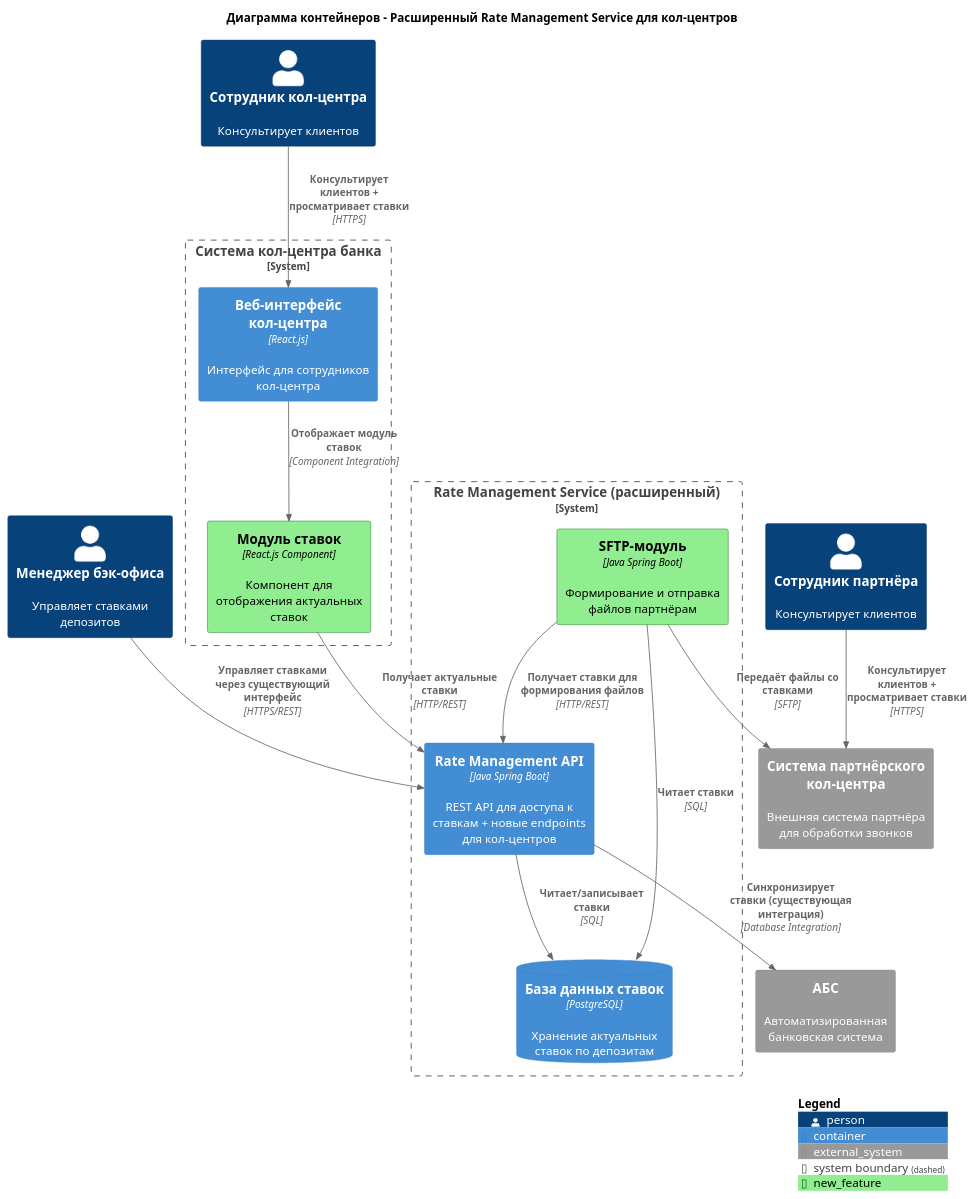
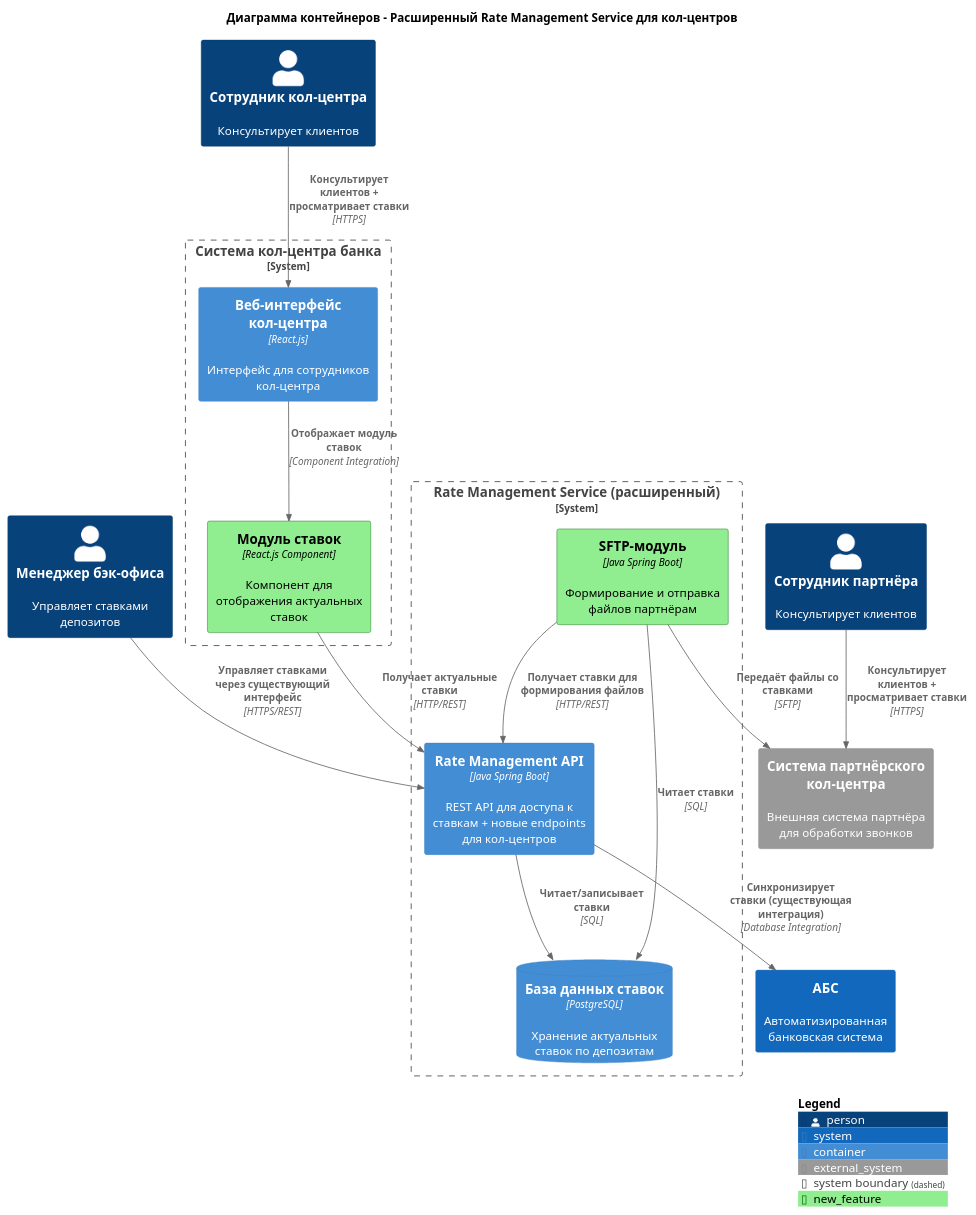
One commit to melnik88/architecture-pro-standart2 changed the diagram in Task4/container_diagram_rates.puml. Above: the diagram before and after it, drawn with PlantUML. The commit also changed 6 other files, not shown here.

```diff
--- a/Task4/container_diagram_rates.puml
+++ b/Task4/container_diagram_rates.puml
@@ -1,48 +1,48 @@
 @startuml Container Diagram - Extended Rate Management Service
 !include https://raw.githubusercontent.com/plantuml-stdlib/C4-PlantUML/master/C4_Container.puml
 
 title Диаграмма контейнеров - Расширенный Rate Management Service для кол-центров
 
 AddContainerTag("new_feature", $bgColor="LightGreen", $borderColor="DarkGreen", $fontColor="Black")
 
 Person(backoffice_manager, "Менеджер бэк-офиса", "Управляет ставками депозитов")
 Person(callcenter_operator, "Сотрудник кол-центра", "Консультирует клиентов")
 Person(partner_operator, "Сотрудник партнёра", "Консультирует клиентов")
 
 System_Boundary(rate_management_boundary, "Rate Management Service (расширенный)") {
     Container(rate_api, "Rate Management API", "Java Spring Boot", "REST API для доступа к ставкам + новые endpoints для кол-центров", $tags="existing")
     Container(sftp_module, "SFTP-модуль", "Java Spring Boot", "Формирование и отправка файлов партнёрам", $tags="new_feature")
     ContainerDb(rate_db, "База данных ставок", "PostgreSQL", "Хранение актуальных ставок по депозитам")
 }
 
 System_Boundary(callcenter_boundary, "Система кол-центра банка") {
     Container(callcenter_web, "Веб-интерфейс кол-центра", "React.js", "Интерфейс для сотрудников кол-центра")
     Container(rates_module, "Модуль ставок", "React.js Component", "Компонент для отображения актуальных ставок", $tags="new_feature")
 }
 
 System_Ext(partner_callcenter, "Система партнёрского кол-центра", "Внешняя система партнёра для обработки звонков")
 
-System_Ext(abs_system, "АБС", "Автоматизированная банковская система")
+System(abs_system, "АБС", "Автоматизированная банковская система")
 
 ' Взаимодействие пользователей
 Rel(backoffice_manager, rate_api, "Управляет ставками через существующий интерфейс", "HTTPS/REST")
 Rel(callcenter_operator, callcenter_web, "Консультирует клиентов + просматривает ставки", "HTTPS")
 Rel(partner_operator, partner_callcenter, "Консультирует клиентов + просматривает ставки", "HTTPS")
 
 ' Внутренние связи Rate Management Service
 Rel(rate_api, rate_db, "Читает/записывает ставки", "SQL")
 Rel(sftp_module, rate_api, "Получает ставки для формирования файлов", "HTTP/REST")
 Rel(sftp_module, rate_db, "Читает ставки", "SQL")
 
 ' Интеграции с кол-центрами
 Rel(rates_module, rate_api, "Получает актуальные ставки", "HTTP/REST")
 Rel(callcenter_web, rates_module, "Отображает модуль ставок", "Component Integration")
 
 ' Интеграция с партнёрским кол-центром
 Rel(sftp_module, partner_callcenter, "Передаёт файлы со ставками", "SFTP")
 
 ' Интеграции с существующими системами
 Rel(rate_api, abs_system, "Синхронизирует ставки (существующая интеграция)", "Database Integration")
 
 SHOW_LEGEND()
 @enduml
```
